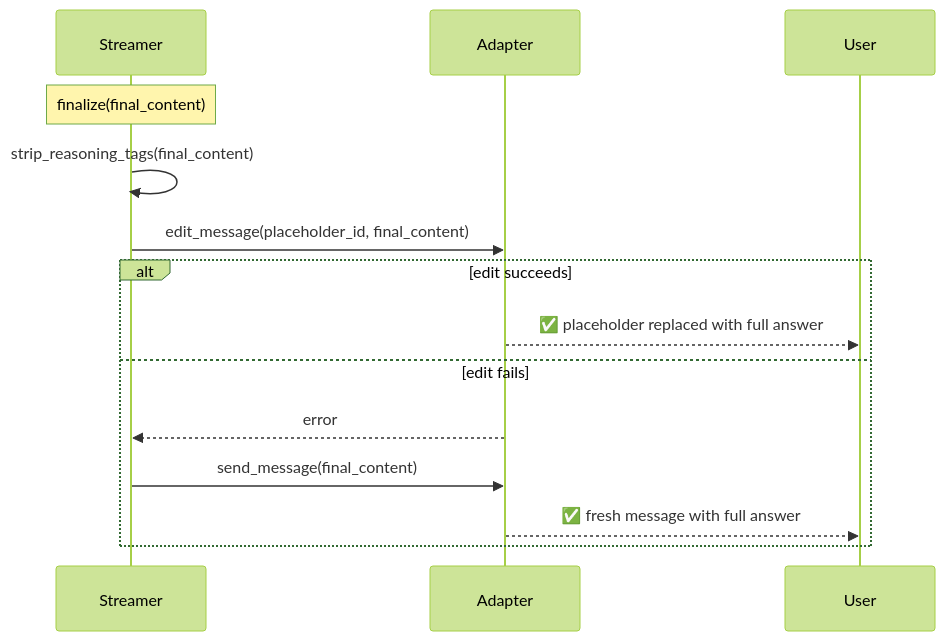
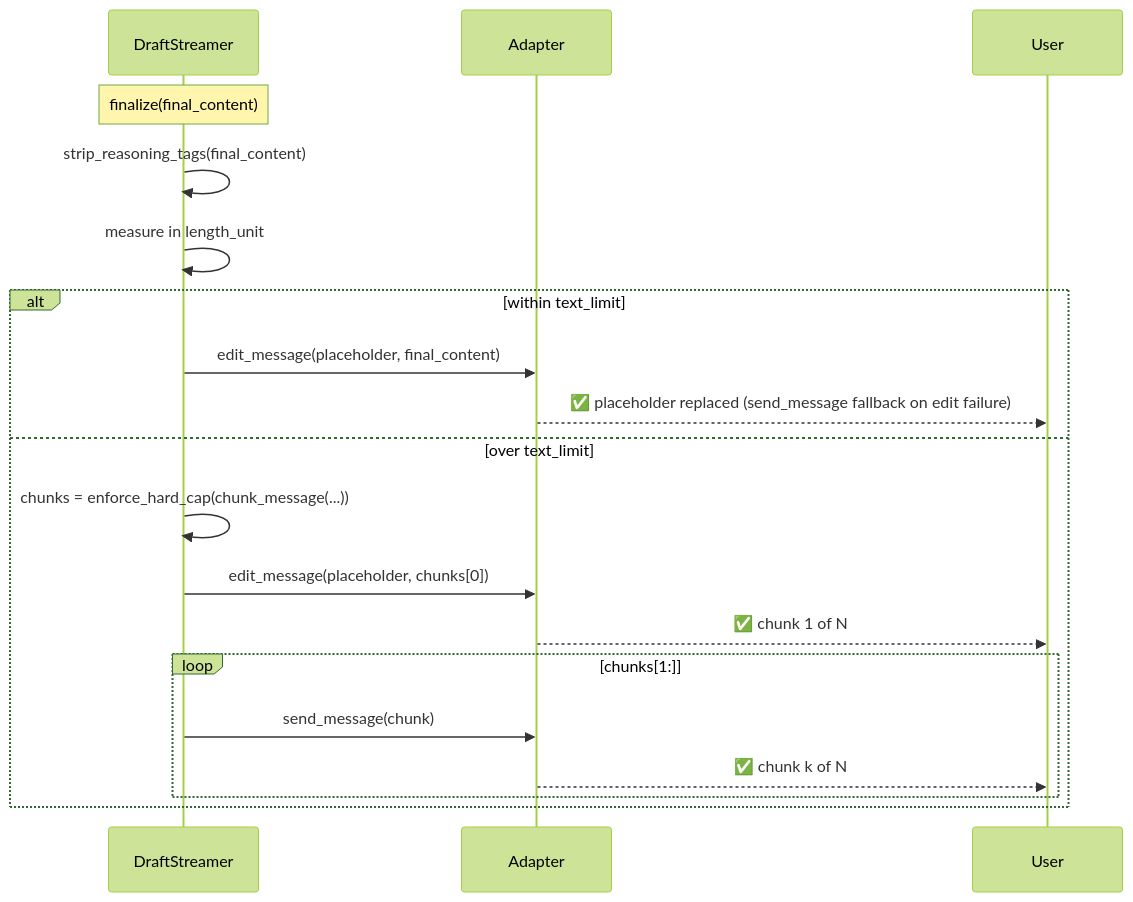
Diagram 16 of 16 in docs/features/bot-streaming-replies.mdx (MervinPraison/PraisonAIDocs), drawn with Mermaid (forest theme) before and after one commit. The commit also changed other lines of this file and 2 other files, not shown here.

Commit message:
fix: document shared-streamer chunking of over-cap streamed replies (fixes #4766)

````diff
--- a/docs/features/bot-streaming-replies.mdx
+++ b/docs/features/bot-streaming-replies.mdx
@@ -1036,17 +1044,22 @@
 ```mermaid
 sequenceDiagram
-    participant Streamer
+    participant Streamer as DraftStreamer
     participant Adapter
     participant User
 
     Note over Streamer: finalize(final_content)
     Streamer->>Streamer: strip_reasoning_tags(final_content)
-    Streamer->>Adapter: edit_message(placeholder_id, final_content)
-    alt edit succeeds
-        Adapter-->>User: ✅ placeholder replaced with full answer
-    else edit fails
-        Adapter-->>Streamer: error
-        Streamer->>Adapter: send_message(final_content)
-        Adapter-->>User: ✅ fresh message with full answer
+    Streamer->>Streamer: measure in length_unit
+    alt within text_limit
+        Streamer->>Adapter: edit_message(placeholder, final_content)
+        Adapter-->>User: ✅ placeholder replaced (send_message fallback on edit failure)
+    else over text_limit
+        Streamer->>Streamer: chunks = enforce_hard_cap(chunk_message(...))
+        Streamer->>Adapter: edit_message(placeholder, chunks[0])
+        Adapter-->>User: ✅ chunk 1 of N
+        loop chunks[1:]
+            Streamer->>Adapter: send_message(chunk)
+            Adapter-->>User: ✅ chunk k of N
+        end
     end
 ```
````
